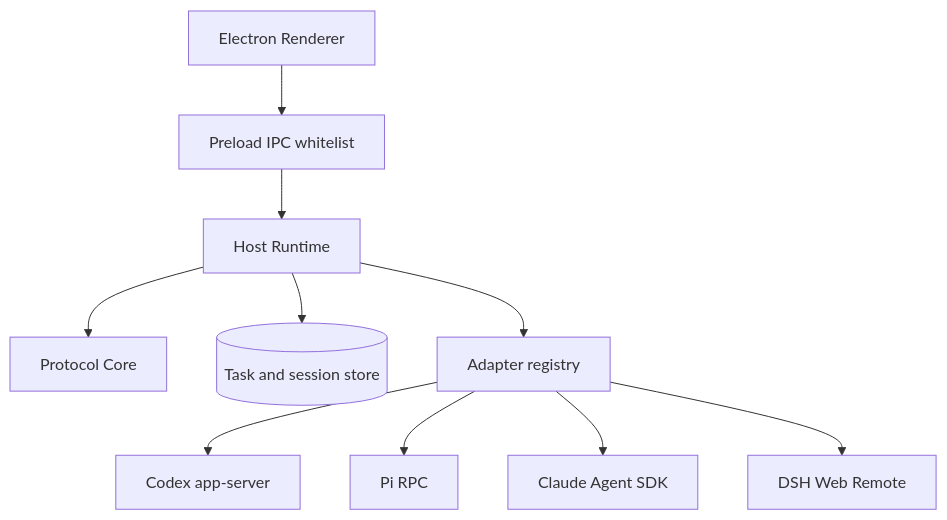
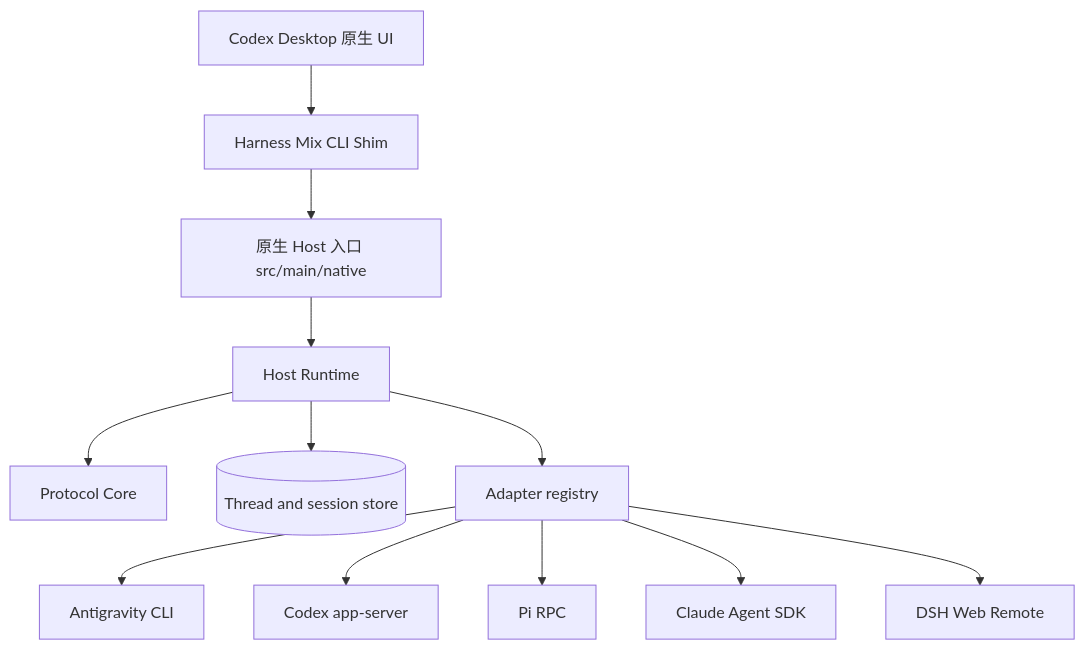
The diagram in README.md (emo-xiaoyu/harness-mix), drawn with Mermaid before and after one commit. The commit also changed other lines of this file and 265 other files, not shown here.

First line of the commit message:
feat(native): Codex Desktop native UI with in-repo kernel, Rust shim/appx and auto-update

````diff
--- a/README.md
+++ b/README.md
@@ -43,12 +45,14 @@
 ```mermaid
 flowchart TB
-  UI[Electron Renderer] --> IPC[Preload IPC whitelist]
-  IPC --> Runtime[Host Runtime]
+  Desktop[Codex Desktop 原生 UI] --> Shim[Harness Mix CLI Shim]
+  Shim --> Host[原生 Host 入口 src/main/native]
+  Host --> Runtime[Host Runtime]
   Runtime --> Core[Protocol Core]
-  Runtime --> Store[(Task and session store)]
+  Runtime --> Store[(Thread and session store)]
   Runtime --> Registry[Adapter registry]
+  Registry --> Antigravity[Antigravity CLI]
   Registry --> Codex[Codex app-server]
   Registry --> Pi[Pi RPC]
   Registry --> Claude[Claude Agent SDK]
   Registry --> DSH[DSH Web Remote]
 ```
````
